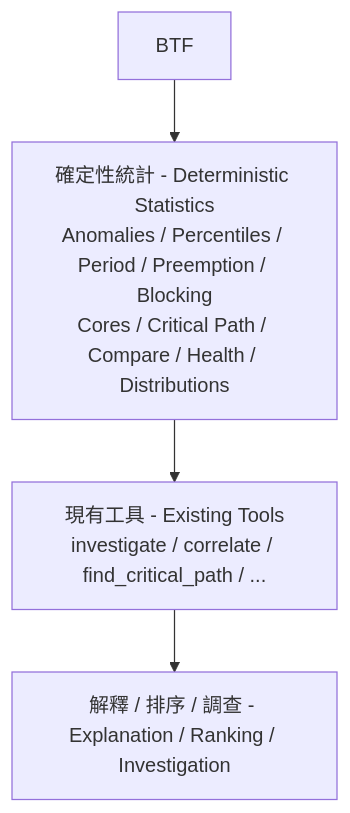
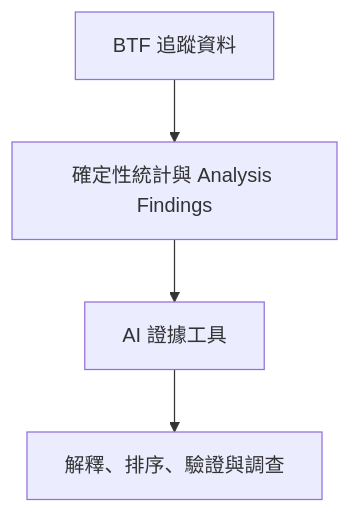
Before and after one commit to kuopinghsu/FreeRTOS-BTF-Trace: the third of 3 diagrams in BTFViewer/AI_zh-TW.md, drawn with Mermaid. The commit also changed other lines of this file and 22 other files, not shown here.

````diff
--- a/BTFViewer/AI_zh-TW.md
+++ b/BTFViewer/AI_zh-TW.md
@@ -1627,6 +1197,6 @@
 ```mermaid
 flowchart TD
-  btf["BTF"] --> stats["確定性統計 - Deterministic Statistics<br/>Anomalies / Percentiles / Period / Preemption / Blocking<br/>Cores / Critical Path / Compare / Health / Distributions"]
-  stats --> tools["現有工具 - Existing Tools<br/>investigate / correlate / find_critical_path / ..."]
-  tools --> explain["解釋 / 排序 / 調查 - Explanation / Ranking / Investigation"]
+  btf["BTF 追蹤資料"] --> stats["確定性統計與 Analysis Findings"]
+  stats --> tools["AI 證據工具"]
+  tools --> explain["解釋、排序、驗證與調查"]
 ```
````
